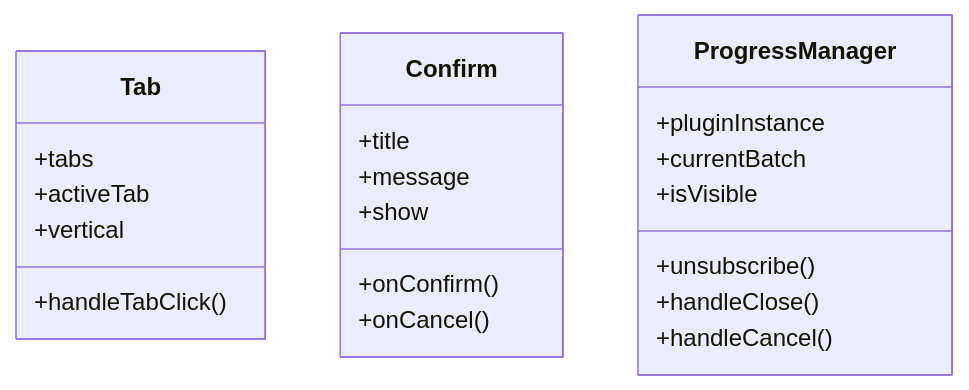
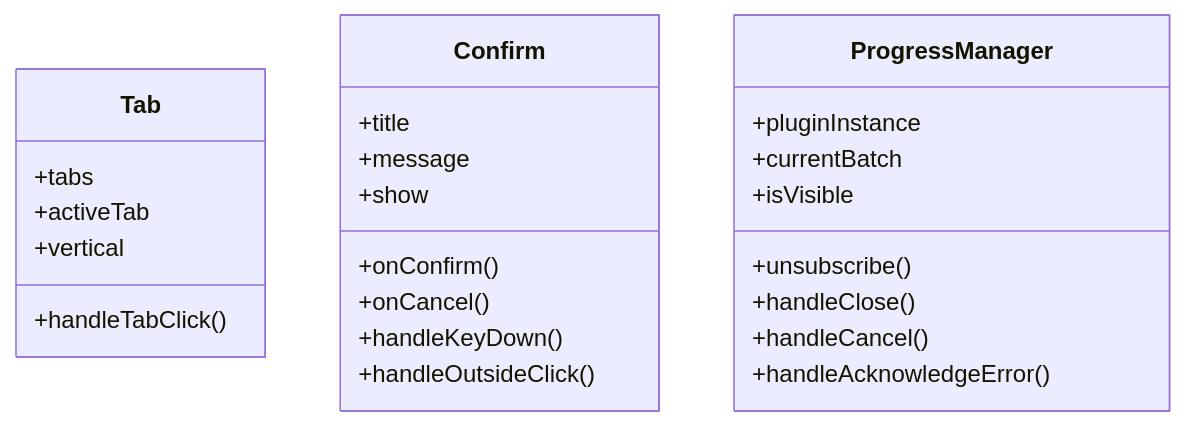
One commit to terwerinc/siyuan-plugin-share-pro changed the seventh of 9 diagrams in .qoder/repowiki/zh/content/架构设计/UI组件架构/UI组件架构.md. Above: the diagram before and after it, drawn with Mermaid. The commit also changed other lines of this file and 8 other files, not shown here.

````diff
--- a/.qoder/repowiki/zh/content/架构设计/UI组件架构/UI组件架构.md
+++ b/.qoder/repowiki/zh/content/架构设计/UI组件架构/UI组件架构.md
@@ -326,24 +343,27 @@
 ```mermaid
 classDiagram
 class Tab {
 +tabs
 +activeTab
 +vertical
 +handleTabClick()
 }
 class Confirm {
 +title
 +message
 +show
 +onConfirm()
 +onCancel()
++handleKeyDown()
++handleOutsideClick()
 }
 class ProgressManager {
 +pluginInstance
 +currentBatch
 +isVisible
 +unsubscribe()
 +handleClose()
 +handleCancel()
++handleAcknowledgeError()
 }
 ```
````
